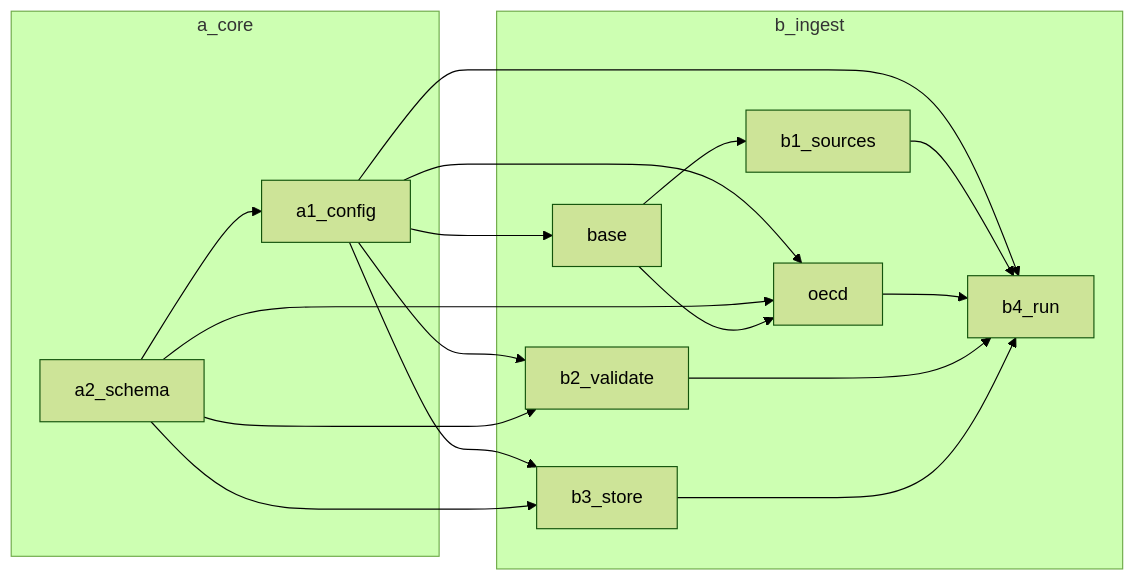
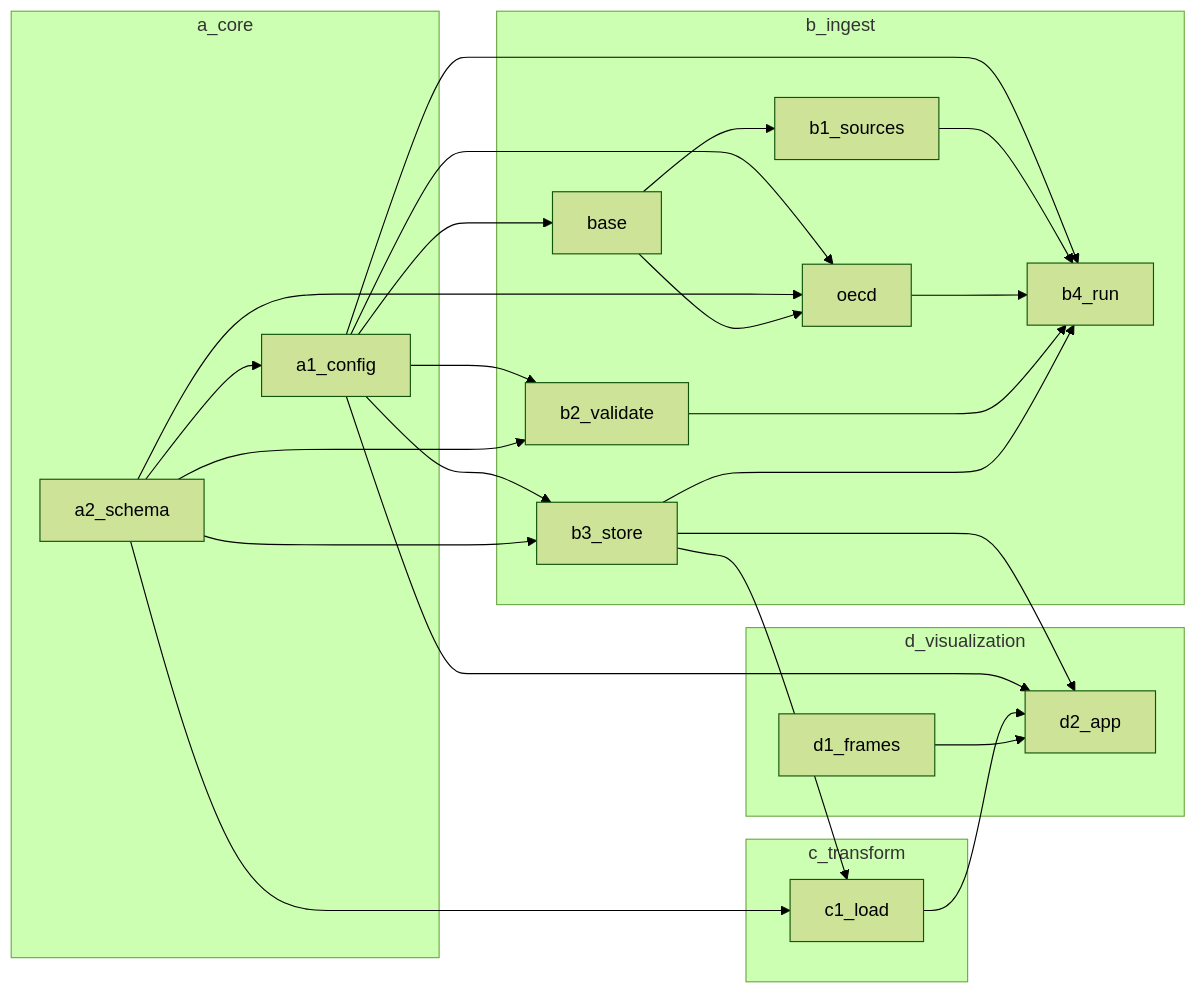
Before and after one commit to bsawyerg15/MacroScan: the first of 12 diagrams in docs/architecture.md, drawn with Mermaid (forest theme). The commit also changed other lines of this file and 9 other files, not shown here.

````diff
--- a/docs/architecture.md
+++ b/docs/architecture.md
@@ -7,38 +7,54 @@
 ```mermaid
 flowchart LR
   subgraph a_core
     a_core_a1_config["a1_config"]
     a_core_a2_schema["a2_schema"]
   end
   subgraph b_ingest
     b_ingest_b1_sources["b1_sources"]
     b_ingest_b1_sources_base["base"]
     b_ingest_b1_sources_oecd["oecd"]
     b_ingest_b2_validate["b2_validate"]
     b_ingest_b3_store["b3_store"]
     b_ingest_b4_run["b4_run"]
+  end
+  subgraph c_transform
+    c_transform_c1_load["c1_load"]
+  end
+  subgraph d_visualization
+    d_visualization_d1_frames["d1_frames"]
+    d_visualization_d2_app["d2_app"]
   end
   a_core_a2_schema --> a_core_a1_config
   b_ingest_b1_sources_base --> b_ingest_b1_sources
   a_core_a1_config --> b_ingest_b1_sources_base
   a_core_a1_config --> b_ingest_b1_sources_oecd
   a_core_a2_schema --> b_ingest_b1_sources_oecd
   b_ingest_b1_sources_base --> b_ingest_b1_sources_oecd
   a_core_a1_config --> b_ingest_b2_validate
   a_core_a2_schema --> b_ingest_b2_validate
   a_core_a1_config --> b_ingest_b3_store
   a_core_a2_schema --> b_ingest_b3_store
   a_core_a1_config --> b_ingest_b4_run
   b_ingest_b1_sources --> b_ingest_b4_run
   b_ingest_b1_sources_oecd --> b_ingest_b4_run
   b_ingest_b2_validate --> b_ingest_b4_run
   b_ingest_b3_store --> b_ingest_b4_run
+  a_core_a2_schema --> c_transform_c1_load
+  b_ingest_b3_store --> c_transform_c1_load
+  a_core_a1_config --> d_visualization_d2_app
+  b_ingest_b3_store --> d_visualization_d2_app
+  c_transform_c1_load --> d_visualization_d2_app
+  d_visualization_d1_frames --> d_visualization_d2_app
   click a_core_a1_config href "#mod-a_core-a1_config"
   click a_core_a2_schema href "#mod-a_core-a2_schema"
   click b_ingest_b1_sources href "#mod-b_ingest-b1_sources"
   click b_ingest_b1_sources_base href "#mod-b_ingest-b1_sources-base"
   click b_ingest_b1_sources_oecd href "#mod-b_ingest-b1_sources-oecd"
   click b_ingest_b2_validate href "#mod-b_ingest-b2_validate"
   click b_ingest_b3_store href "#mod-b_ingest-b3_store"
   click b_ingest_b4_run href "#mod-b_ingest-b4_run"
+  click c_transform_c1_load href "#mod-c_transform-c1_load"
+  click d_visualization_d1_frames href "#mod-d_visualization-d1_frames"
+  click d_visualization_d2_app href "#mod-d_visualization-d2_app"
 ```
````
